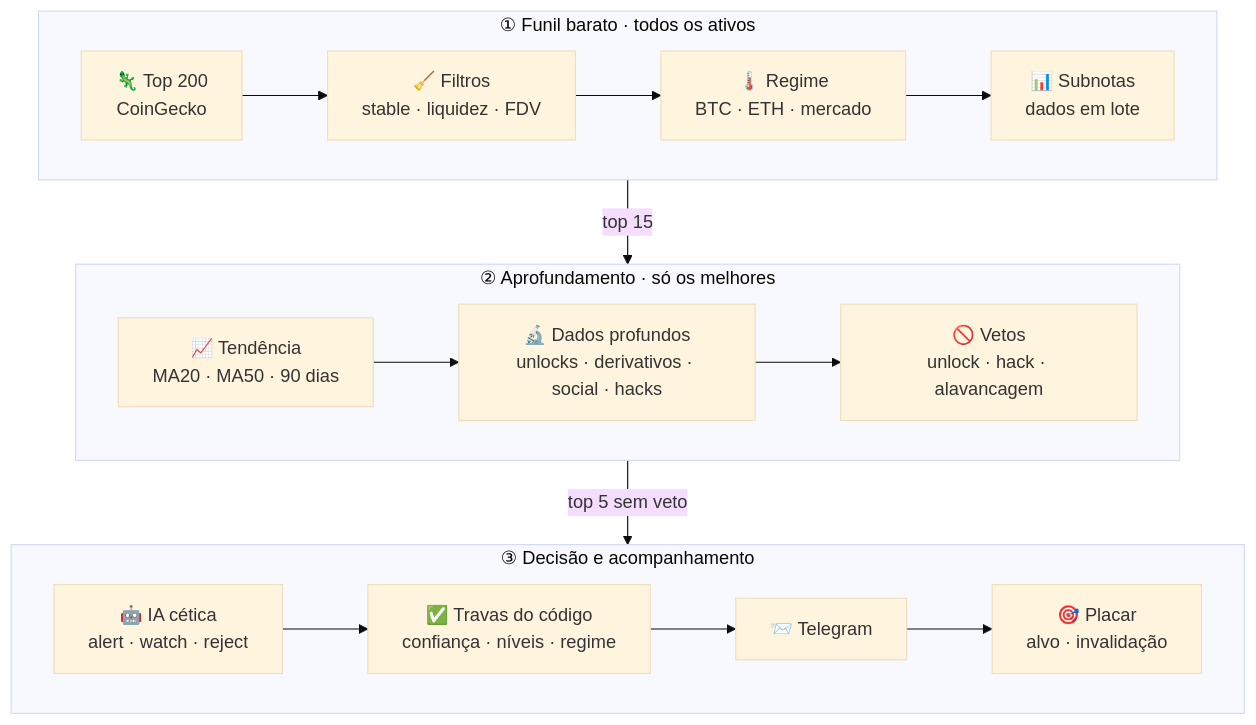
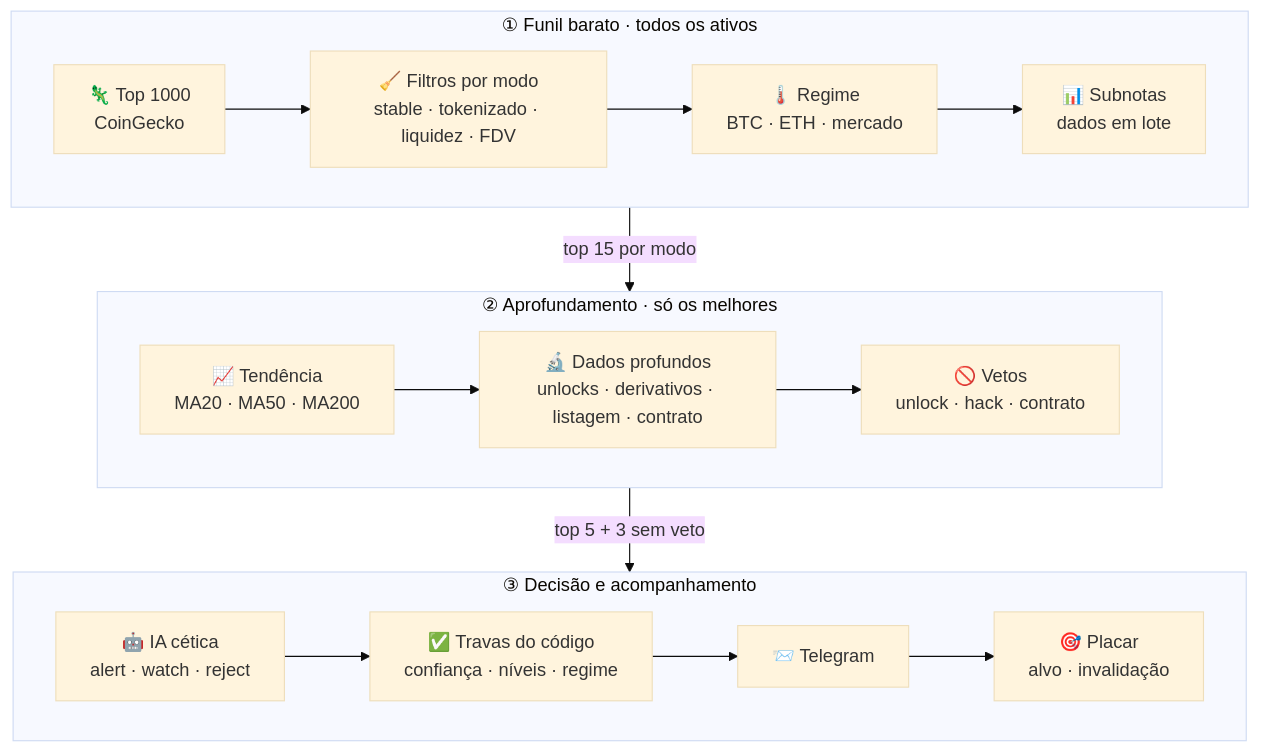
One commit to grupoapex135/criptoalerts changed the diagram in README.md. Above: the diagram before and after it, drawn with Mermaid (base theme). The commit also changed other lines of this file and 31 other files, not shown here.

````diff
--- a/README.md
+++ b/README.md
@@ -113,20 +135,20 @@
 ```mermaid
 flowchart TB
     subgraph S1["① Funil barato · todos os ativos"]
         direction LR
-        CG["🦎 Top 200<br/>CoinGecko"] --> F["🧹 Filtros<br/>stable · liquidez · FDV"] --> R["🌡️ Regime<br/>BTC · ETH · mercado"] --> S["📊 Subnotas<br/>dados em lote"]
+        CG["🦎 Top 1000<br/>CoinGecko"] --> F["🧹 Filtros por modo<br/>stable · tokenizado · liquidez · FDV"] --> R["🌡️ Regime<br/>BTC · ETH · mercado"] --> S["📊 Subnotas<br/>dados em lote"]
     end
 
     subgraph S2["② Aprofundamento · só os melhores"]
         direction LR
-        H["📈 Tendência<br/>MA20 · MA50 · 90 dias"] --> D["🔬 Dados profundos<br/>unlocks · derivativos · social · hacks"] --> V["🚫 Vetos<br/>unlock · hack · alavancagem"]
+        H["📈 Tendência<br/>MA20 · MA50 · MA200"] --> D["🔬 Dados profundos<br/>unlocks · derivativos · listagem · contrato"] --> V["🚫 Vetos<br/>unlock · hack · contrato"]
     end
 
     subgraph S3["③ Decisão e acompanhamento"]
         direction LR
         AI["🤖 IA cética<br/>alert · watch · reject"] --> G["✅ Travas do código<br/>confiança · níveis · regime"] --> TG["📨 Telegram"] --> TR["🎯 Placar<br/>alvo · invalidação"]
     end
 
-    S1 -- "top 15" --> S2
-    S2 -- "top 5 sem veto" --> S3
+    S1 -- "top 15 por modo" --> S2
+    S2 -- "top 5 + 3 sem veto" --> S3
 ```
````
